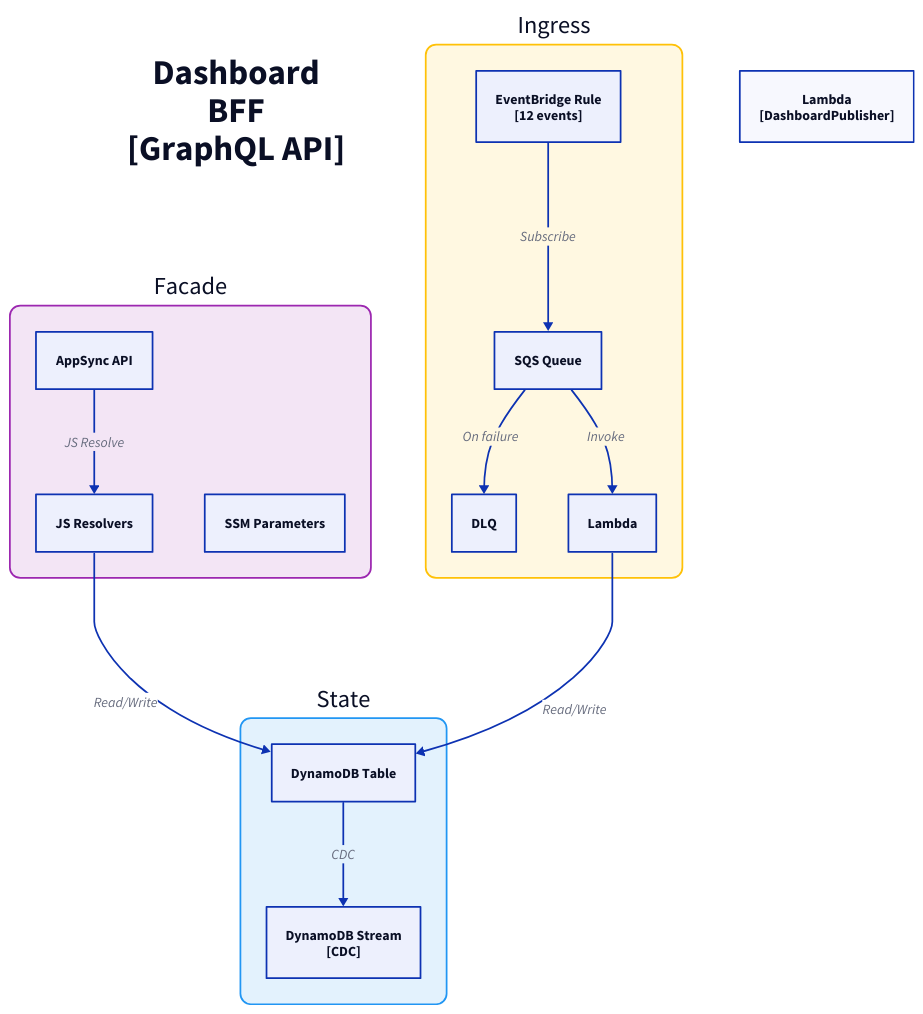
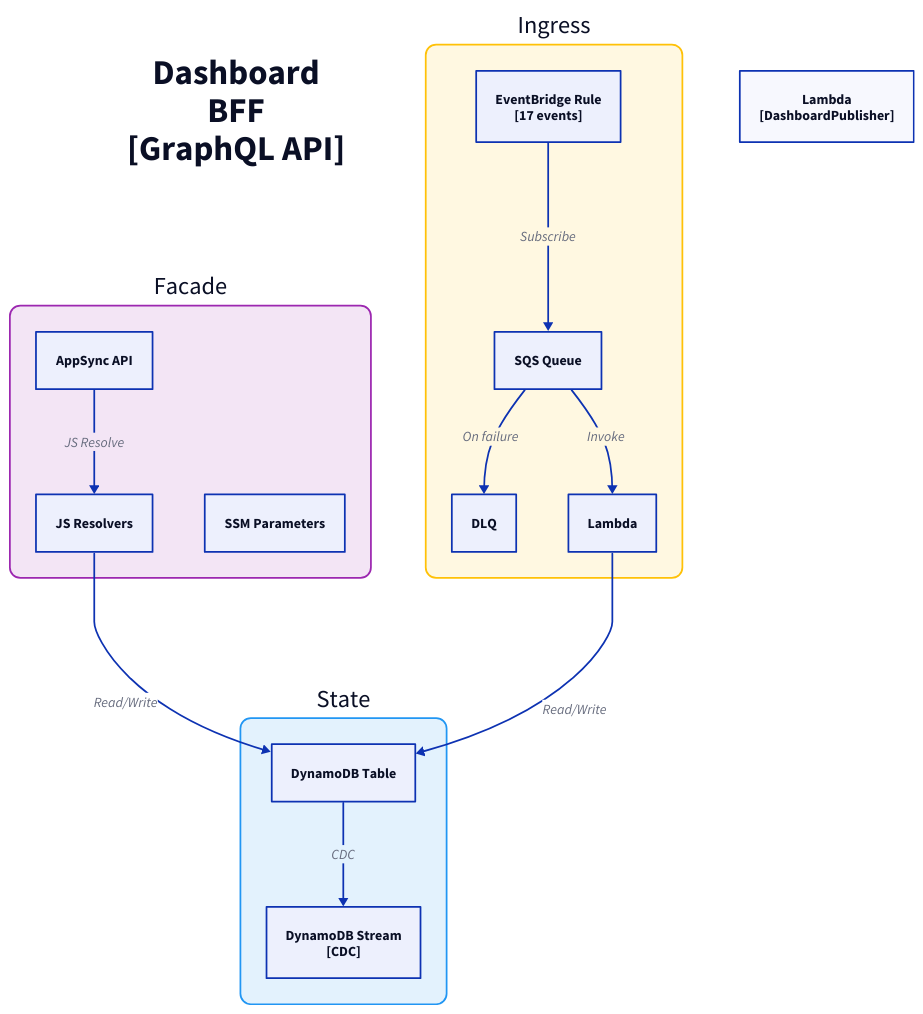
Before and after one commit to fabio-vitali/nestfolio: the diagram in docs/architecture/c3/dashboard-bff.d2, drawn with D2. The commit also changed 15 other files, not shown here.

First line of the commit message:
docs(architecture): regen advisory-cycle flow + C4 diagrams post-precomputation

```diff
--- a/docs/architecture/c3/dashboard-bff.d2
+++ b/docs/architecture/c3/dashboard-bff.d2
@@ -1,38 +1,38 @@
 direction: down
 
 title: "Dashboard\nBFF\n[GraphQL API]" {
   style: { font-size: 40; bold: true; fill: transparent; stroke: transparent }
 }
 
 facade: "Facade" {
   style: { fill: "#F3E5F5"; stroke: "#9C27B0"; border-radius: 12; font-size: 28 }
   appsync: "AppSync API" { class: aws-appsync }
   resolvers: "JS Resolvers" { class: aws-lambda }
   appsync -> resolvers: JS Resolve
   ssm: "SSM Parameters" { class: aws-ssm }
 }
 
 ingress: "Ingress" {
   style: { fill: "#FFF8E1"; stroke: "#FFC107"; border-radius: 12; font-size: 28 }
-  rule: "EventBridge Rule\n[12 events]" { class: aws-eventbridge }
+  rule: "EventBridge Rule\n[17 events]" { class: aws-eventbridge }
   sqs: "SQS Queue" { class: aws-sqs }
   dlq: "DLQ" { class: aws-dlq }
   handler: "Lambda" { class: aws-lambda }
 
   rule -> sqs: Subscribe
   sqs -> handler: Invoke
   sqs -> dlq: On failure
 }
 
 state: "State" {
   style: { fill: "#E3F2FD"; stroke: "#2196F3"; border-radius: 12; font-size: 28 }
   table: "DynamoDB Table" { class: aws-dynamodb }
   stream: "DynamoDB Stream\n[CDC]" { class: aws-ddb-stream }
   table -> stream: CDC
 }
 
 dashboard-publisher: "Lambda\n[DashboardPublisher]" { class: aws-lambda }
 
 # Flows
 facade.resolvers -> state.table: Read/Write
 ingress.handler -> state.table: Read/Write
```
